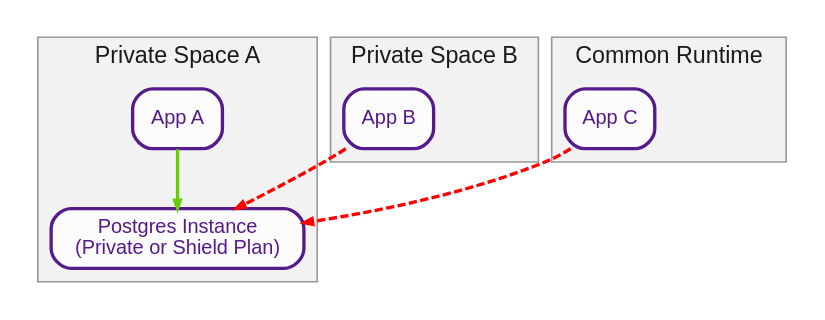
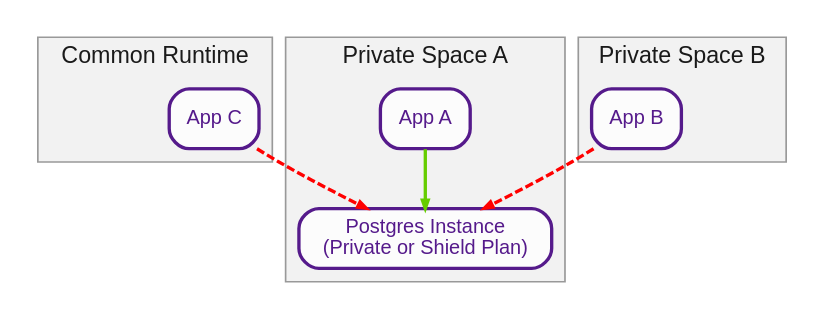
One commit to caseywatts/graphviz-tutorial changed the diagram in example.dot. Above: the diagram before and after it, drawn with Graphviz. The commit also changed 1 other file, not shown here.

```diff
--- a/example.dot
+++ b/example.dot
@@ -1,24 +1,25 @@
 digraph G {
     ///// start Heroku styles
     graph [fontname="helvetica",fontsize=14,splines=true,pad=0.1,compound=true,color="grey60",fontcolor="grey10",fillcolor=grey95,style="filled"];
     node [fontname="helvetica",fontsize=12,color=purple4,shape=box,style="rounded, filled",fontcolor=purple4,fillcolor=grey99,penwidth=2];
     edge [fontname="helvetica",color=grey35,fontcolor=black,arrowhead="normal",penwidth=2,arrowsize=0.5];
     ///// end Heroku styles
 
+    subgraph cluster3 {
+      label="Common Runtime"
+      "App C"
+    }
     subgraph cluster1 {
       label="Private Space A"
       "App A"
       "Postgres Instance\n(Private or Shield Plan)"
     }
     subgraph cluster2 {
       label="Private Space B"
       "App B"
     }
-    subgraph cluster3 {
-      label="Common Runtime"
-      "App C"
-    }
+
     "App A" -> "Postgres Instance\n(Private or Shield Plan)" [color=chartreuse3]
     "App B" -> "Postgres Instance\n(Private or Shield Plan)" [color=red, style=dashed]
     "App C" -> "Postgres Instance\n(Private or Shield Plan)" [color=red, style=dashed]
 }
```
